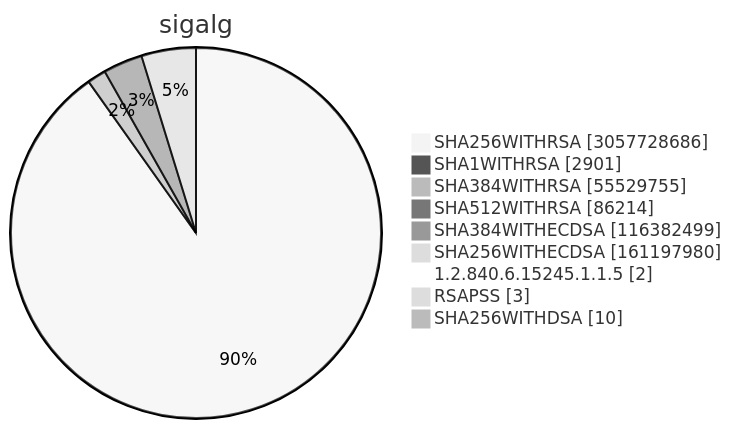
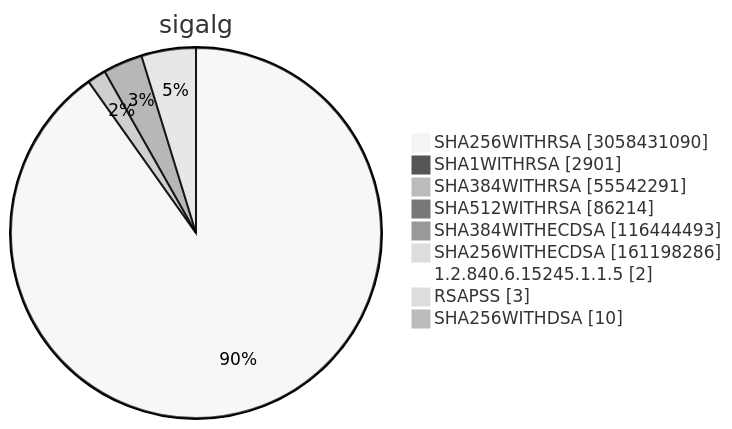
Diagram 15 of 15 in TOTAL/README.md (christiankrug/ctmonitor_visualization), drawn with Mermaid (neutral theme) before and after one commit. The commit also changed other lines of this file, not shown here.

````diff
--- a/TOTAL/README.md
+++ b/TOTAL/README.md
@@ -6209,13 +6209,13 @@
 ```mermaid
 pie showData
 title sigalg
-"SHA256WITHRSA" :3057728686
+"SHA256WITHRSA" :3058431090
 "SHA1WITHRSA" :2901
-"SHA384WITHRSA" :55529755
+"SHA384WITHRSA" :55542291
 "SHA512WITHRSA" :86214
-"SHA384WITHECDSA" :116382499
-"SHA256WITHECDSA" :161197980
+"SHA384WITHECDSA" :116444493
+"SHA256WITHECDSA" :161198286
 "1.2.840.6.15245.1.1.5" :2
 "RSAPSS" :3
 "SHA256WITHDSA" :10
 ```
````
